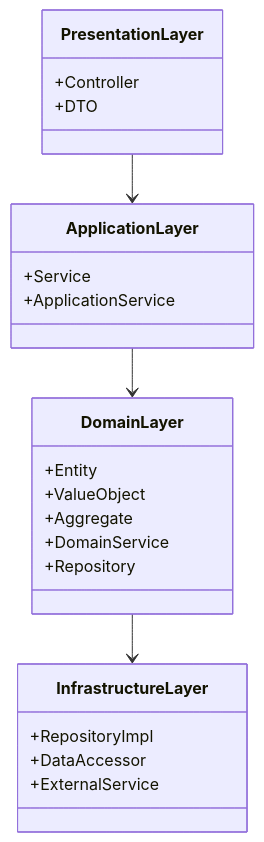
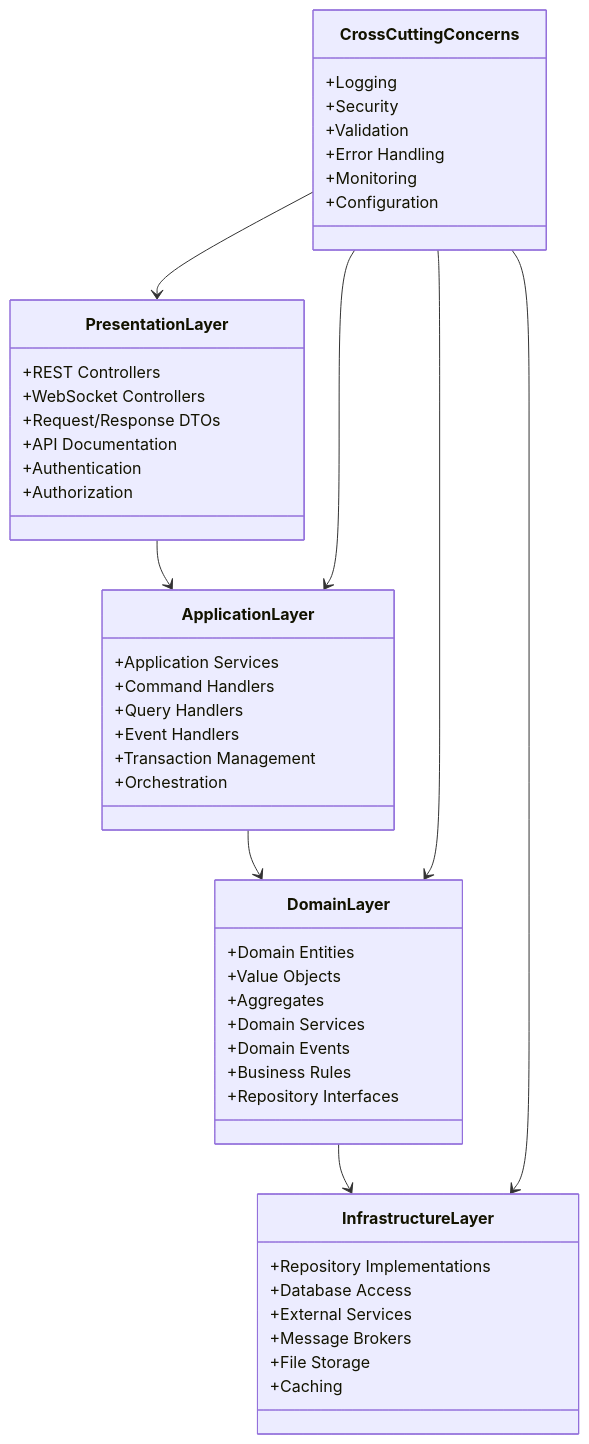
Before and after one commit to Vinskao/ty-multiverse-backend: the second of 16 diagrams in README.md, drawn with Mermaid. The commit also changed other lines of this file, not shown here.

Commit message:
info: update graph

````diff
--- a/README.md
+++ b/README.md
@@ -40,30 +53,56 @@
 ```mermaid
 classDiagram
     class PresentationLayer {
-        +Controller
-        +DTO
+        +REST Controllers
+        +WebSocket Controllers
+        +Request/Response DTOs
+        +API Documentation
+        +Authentication
+        +Authorization
     }
     
     class ApplicationLayer {
-        +Service
-        +ApplicationService
+        +Application Services
+        +Command Handlers
+        +Query Handlers
+        +Event Handlers
+        +Transaction Management
+        +Orchestration
     }
     
     class DomainLayer {
-        +Entity
-        +ValueObject
-        +Aggregate
-        +DomainService
-        +Repository
+        +Domain Entities
+        +Value Objects
+        +Aggregates
+        +Domain Services
+        +Domain Events
+        +Business Rules
+        +Repository Interfaces
     }
     
     class InfrastructureLayer {
-        +RepositoryImpl
-        +DataAccessor
-        +ExternalService
+        +Repository Implementations
+        +Database Access
+        +External Services
+        +Message Brokers
+        +File Storage
+        +Caching
+    }
+    
+    class CrossCuttingConcerns {
+        +Logging
+        +Security
+        +Validation
+        +Error Handling
+        +Monitoring
+        +Configuration
     }
     
     PresentationLayer --> ApplicationLayer
     ApplicationLayer --> DomainLayer
     DomainLayer --> InfrastructureLayer
+    CrossCuttingConcerns --> PresentationLayer
+    CrossCuttingConcerns --> ApplicationLayer
+    CrossCuttingConcerns --> DomainLayer
+    CrossCuttingConcerns --> InfrastructureLayer
 ```
````
